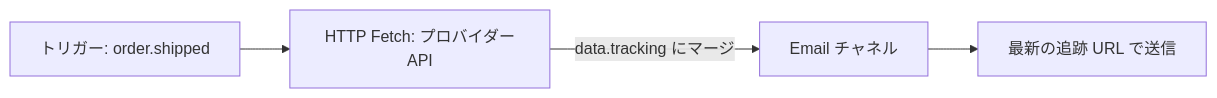
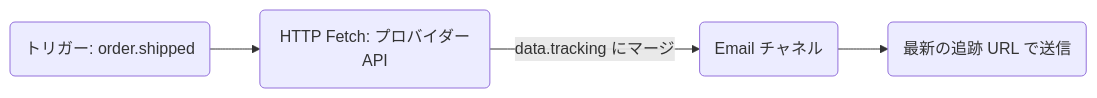
Before and after one commit to KriyanshKhunt/nexus_docs: the diagram in content/docs/ja/platform/features/http-fetch-node.mdx, drawn with Mermaid. The commit also changed 20 other files, not shown here.

Commit message:
Handle ja Mermaid charts

````diff
--- a/content/docs/ja/platform/features/http-fetch-node.mdx
+++ b/content/docs/ja/platform/features/http-fetch-node.mdx
@@ -20,6 +20,6 @@
 ```mermaid
 flowchart LR
-  T[トリガー: order.shipped] --> F[HTTP Fetch: プロバイダーAPI]
-  F -->|data.tracking にマージ| E[Email チャネル]
-  E --> Out[最新の追跡 URL で送信]
+  T(トリガー: order.shipped) --> F(HTTP Fetch: プロバイダーAPI)
+  F -->|data.tracking にマージ| E(Email チャネル)
+  E --> Out(最新の追跡 URL で送信)
 ```
````
